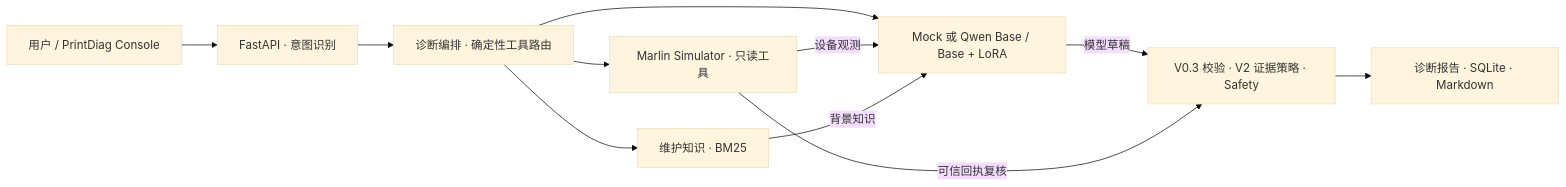
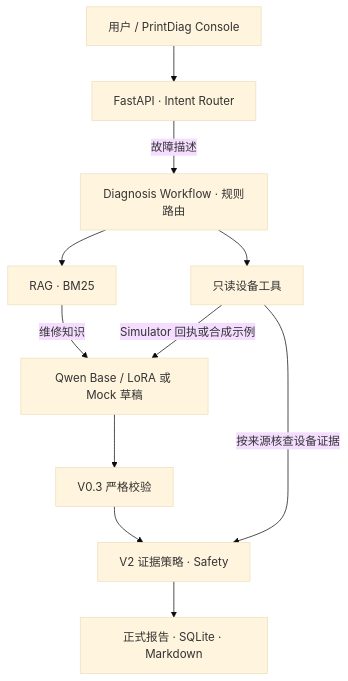
The diagram in README.md (Dannyzhou0512/PrintDiag-Agent), drawn with Mermaid (base theme) before and after one commit. The commit also changed other lines of this file, not shown here.

````diff
--- a/README.md
+++ b/README.md
@@ -70,13 +50,13 @@
 ```mermaid
-flowchart LR
-    A["用户 / PrintDiag Console"] --> B["FastAPI · 意图识别"]
-    B --> C["诊断编排 · 确定性工具路由"]
-    C --> D["Marlin Simulator · 只读工具"]
-    C --> E["维护知识 · BM25"]
-    C --> F["Mock 或 Qwen Base / Base + LoRA"]
-    D -->|设备观测| F
-    E -->|背景知识| F
-    F -->|模型草稿| G["V0.3 校验 · V2 证据策略 · Safety"]
-    D -->|可信回执复核| G
-    G --> H["诊断报告 · SQLite · Markdown"]
+flowchart TD
+    UI["用户 / PrintDiag Console"] --> API["FastAPI · Intent Router"]
+    API -->|故障描述| WF["Diagnosis Workflow · 规则路由"]
+    WF --> RAG["RAG · BM25"]
+    WF --> DEV["只读设备工具"]
+    RAG -->|维修知识| DRAFT["Qwen Base / LoRA 或 Mock 草稿"]
+    DEV -->|Simulator 回执或合成示例| DRAFT
+    DRAFT --> CHECK["V0.3 严格校验"]
+    CHECK --> GATE["V2 证据策略 · Safety"]
+    DEV -->|按来源核查设备证据| GATE
+    GATE --> OUT["正式报告 · SQLite · Markdown"]
 ```
````
